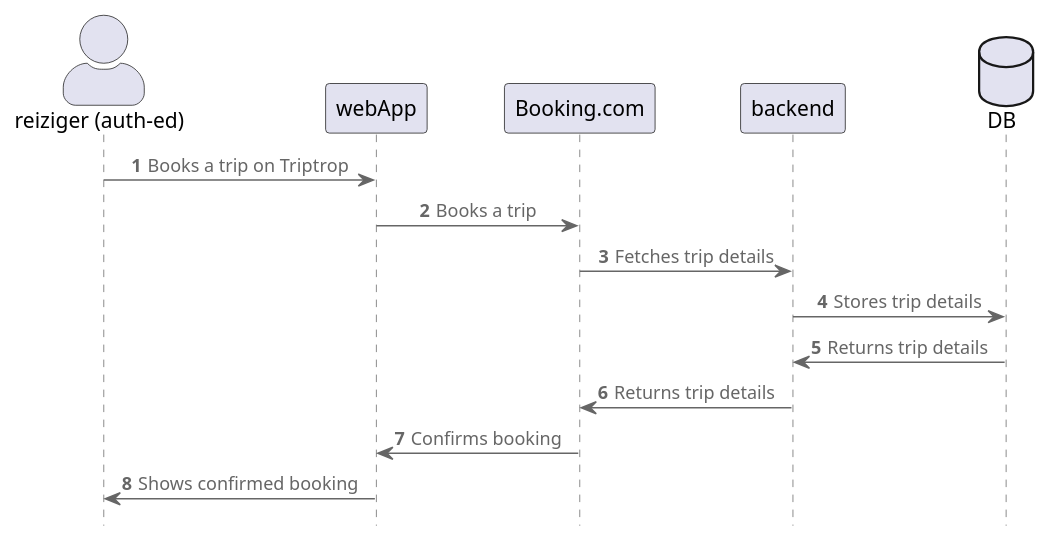
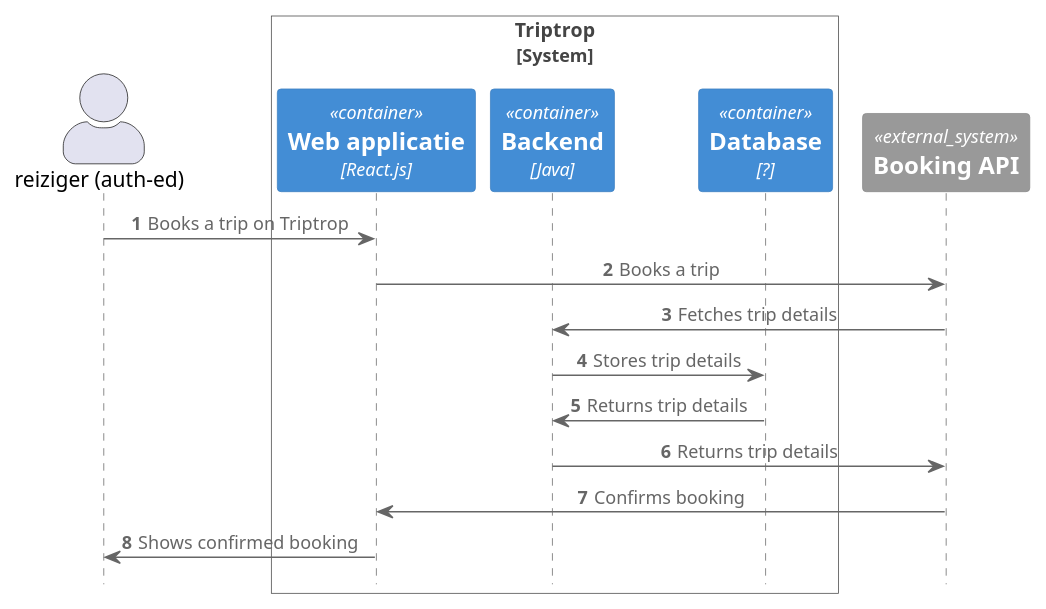
Before and after one commit to AIM-ENE-feb25/triptop-inshallahboys: the diagram in Week1/Les4/Chris/Reis-boeken.puml, drawn with PlantUML.

```diff
--- a/Week1/Les4/Chris/Reis-boeken.puml
+++ b/Week1/Les4/Chris/Reis-boeken.puml
@@ -1,25 +1,28 @@
 @startuml
 !include https://raw.githubusercontent.com/plantuml-stdlib/C4-PlantUML/master/C4_Sequence.puml
 
 autonumber
 
 
 actor "reiziger (auth-ed)" as R
-participant webApp
-participant Booking.com as API
-participant backend
-database DB
+System_Boundary(c4, "Triptrop")
+Container(webApp, "Web applicatie", "React.js", "Gebruikersinterface voor reizigers")
+Container(backend, "Backend", "Java", "Verwerkt alle logica")
+Container(DB, "Database", "?", "Opslaan van data")
+Boundary_End()
+System_Ext(API, "Booking API", "?")
+
 
 R -> webApp: Books a trip on Triptrop
 webApp -> API: Books a trip
 API -> backend: Fetches trip details
 backend -> DB: Stores trip details
 DB -> backend: Returns trip details
 backend -> API: Returns trip details
 API -> webApp: Confirms booking
 webApp -> R: Shows confirmed booking
 
 
 
 
 @enduml
```
